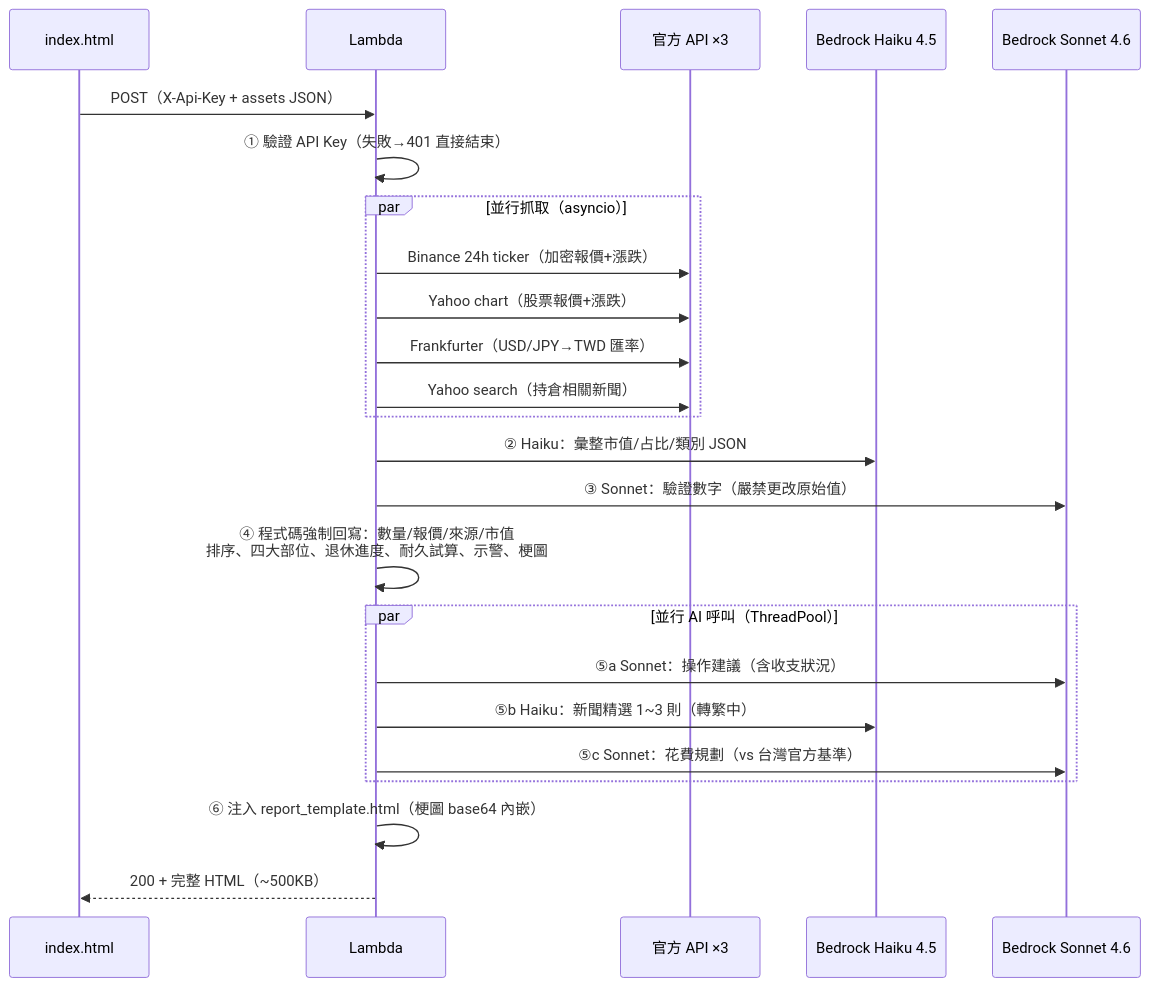
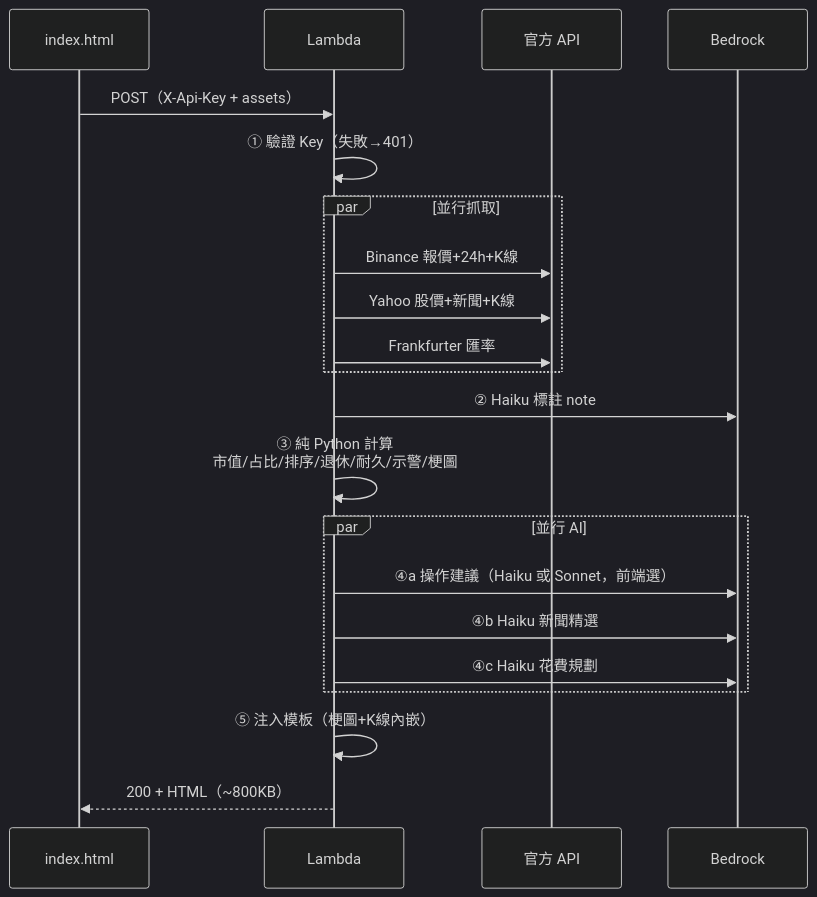
Before and after one commit to burma2005/asset-report-bot: the third of 3 diagrams in README.md, drawn with Mermaid. The commit also changed other lines of this file and 6 other files, not shown here.

First line of the commit message:
feat: dark theme, candlestick charts, cost cuts, scenario memes

````diff
--- a/README.md
+++ b/README.md
@@ -75,27 +79,25 @@
 ```mermaid
+%%{init: {'theme':'dark', 'themeVariables': {'fontSize':'18px'}}}%%
 sequenceDiagram
     participant U as index.html
     participant L as Lambda
-    participant API as 官方 API ×3
-    participant H as Bedrock Haiku 4.5
-    participant S as Bedrock Sonnet 4.6
+    participant API as 官方 API
+    participant AI as Bedrock
 
-    U->>L: POST（X-Api-Key + assets JSON）
-    L->>L: ① 驗證 API Key（失敗→401 直接結束）
-    par 並行抓取（asyncio）
-        L->>API: Binance 24h ticker（加密報價+漲跌）
-        L->>API: Yahoo chart（股票報價+漲跌）
-        L->>API: Frankfurter（USD/JPY→TWD 匯率）
-        L->>API: Yahoo search（持倉相關新聞）
+    U->>L: POST（X-Api-Key + assets）
+    L->>L: ① 驗證 Key（失敗→401）
+    par 並行抓取
+        L->>API: Binance 報價+24h+K線
+        L->>API: Yahoo 股價+新聞+K線
+        L->>API: Frankfurter 匯率
     end
-    L->>H: ② Haiku：彙整市值/占比/類別 JSON
-    L->>S: ③ Sonnet：驗證數字（嚴禁更改原始值）
-    L->>L: ④ 程式碼強制回寫：數量/報價/來源/市值<br/>排序、四大部位、退休進度、耐久試算、示警、梗圖
-    par 並行 AI 呼叫（ThreadPool）
-        L->>S: ⑤a Sonnet：操作建議（含收支狀況）
-        L->>H: ⑤b Haiku：新聞精選 1~3 則（轉繁中）
-        L->>S: ⑤c Sonnet：花費規劃（vs 台灣官方基準）
+    L->>AI: ② Haiku 標註 note
+    L->>L: ③ 純 Python 計算<br/>市值/占比/排序/退休/耐久/示警/梗圖
+    par 並行 AI
+        L->>AI: ④a 操作建議（Haiku 或 Sonnet，前端選）
+        L->>AI: ④b Haiku 新聞精選
+        L->>AI: ④c Haiku 花費規劃
     end
-    L->>L: ⑥ 注入 report_template.html（梗圖 base64 內嵌）
-    L-->>U: 200 + 完整 HTML（~500KB）
+    L->>L: ⑤ 注入模板（梗圖+K線內嵌）
+    L-->>U: 200 + HTML（~800KB）
 ```
````
